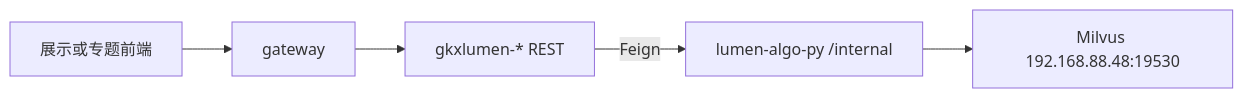
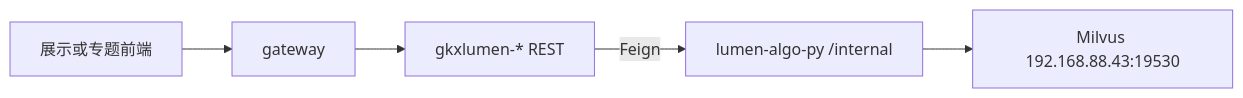
Before and after one commit to Marisolebxf/-: the third of 3 diagrams in agent-delivery/agent-handoffs/产品整体定义/跨系统-向量库/02-概要设计.md, drawn with Mermaid. The commit also changed other lines of this file and 9 other files, not shown here.

First line of the commit message:
docs(cross-vec): SAD 订正 88.43 与 gkxlumen_industry_ 前缀 [agent:architect-agent]

````diff
--- a/agent-delivery/agent-handoffs/产品整体定义/跨系统-向量库/02-概要设计.md
+++ b/agent-delivery/agent-handoffs/产品整体定义/跨系统-向量库/02-概要设计.md
@@ -77,9 +77,9 @@
 ```mermaid
 flowchart LR
   FE["展示或专题前端"]
   GW["gateway"]
   JAVA["gkxlumen-* REST"]
   PY["lumen-algo-py /internal"]
-  VEC["Milvus 192.168.88.48:19530"]
+  VEC["Milvus 192.168.88.43:19530"]
   FE --> GW --> JAVA -->|"Feign"| PY --> VEC
 ```
````
